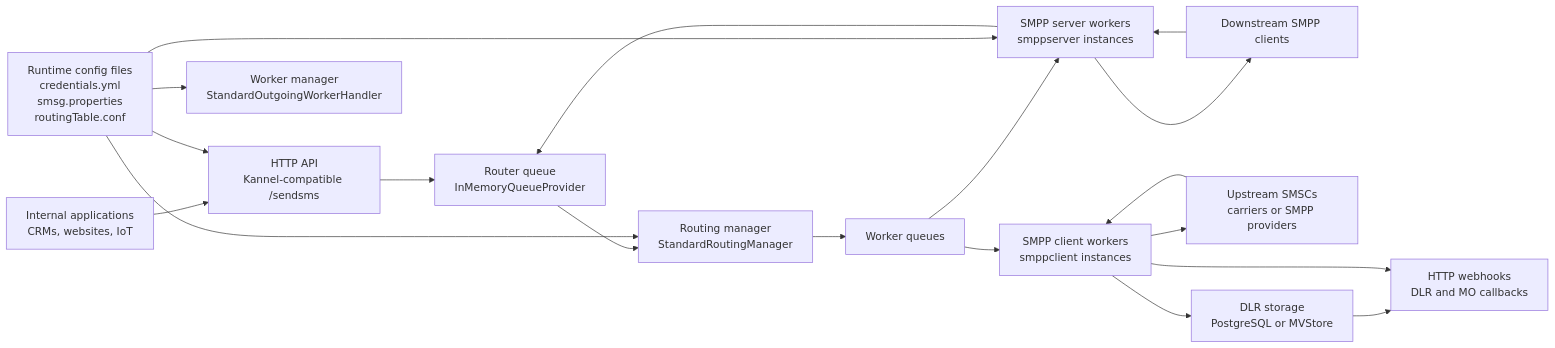
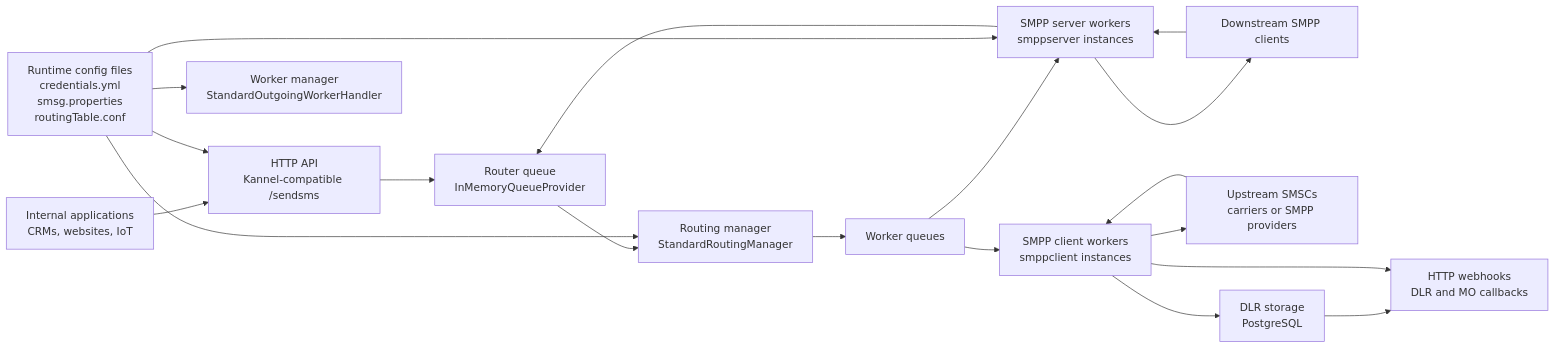
Before and after one commit to cytechmobile/sendium: the first of 6 diagrams in docs/01-architecture.md, drawn with Mermaid. The commit also changed other lines of this file and 29 other files, not shown here.

Commit message:
refactor(dlr): remove MVStore backend

````diff
--- a/docs/01-architecture.md
+++ b/docs/01-architecture.md
@@ -14,35 +14,35 @@
 ```mermaid
 flowchart LR
     apps["Internal applications<br/>CRMs, websites, IoT"]
     downstream[Downstream SMPP clients]
     http["HTTP API<br/>Kannel-compatible /sendsms"]
     smppServer["SMPP server workers<br/>smppserver instances"]
     routerQueue["Router queue<br/>InMemoryQueueProvider"]
     router["Routing manager<br/>StandardRoutingManager"]
     workerManager["Worker manager<br/>StandardOutgoingWorkerHandler"]
     workerQueues[Worker queues]
     smppClients["SMPP client workers<br/>smppclient instances"]
     carriers["Upstream SMSCs<br/>carriers or SMPP providers"]
-    dlrStore["DLR storage<br/>PostgreSQL or MVStore"]
+    dlrStore["DLR storage<br/>PostgreSQL"]
     webhooks["HTTP webhooks<br/>DLR and MO callbacks"]
     config["Runtime config files<br/>credentials.yml<br/>smsg.properties<br/>routingTable.conf"]
 
     apps --> http
     downstream --> smppServer
     http --> routerQueue
     smppServer --> routerQueue
     routerQueue --> router
     router --> workerQueues
     workerQueues --> smppClients
     workerQueues --> smppServer
     smppClients --> carriers
     carriers --> smppClients
     smppServer --> downstream
     smppClients --> dlrStore
     dlrStore --> webhooks
     smppClients --> webhooks
     config --> http
     config --> smppServer
     config --> workerManager
     config --> router
 ```
````
